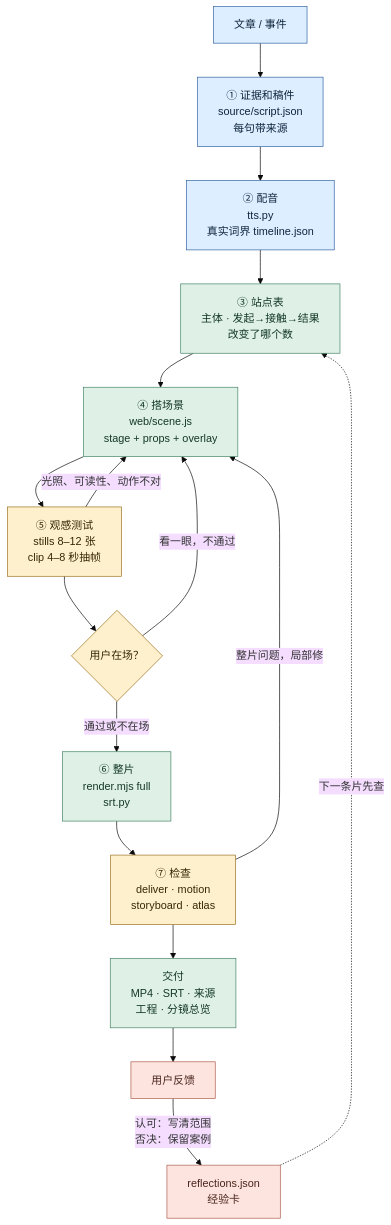
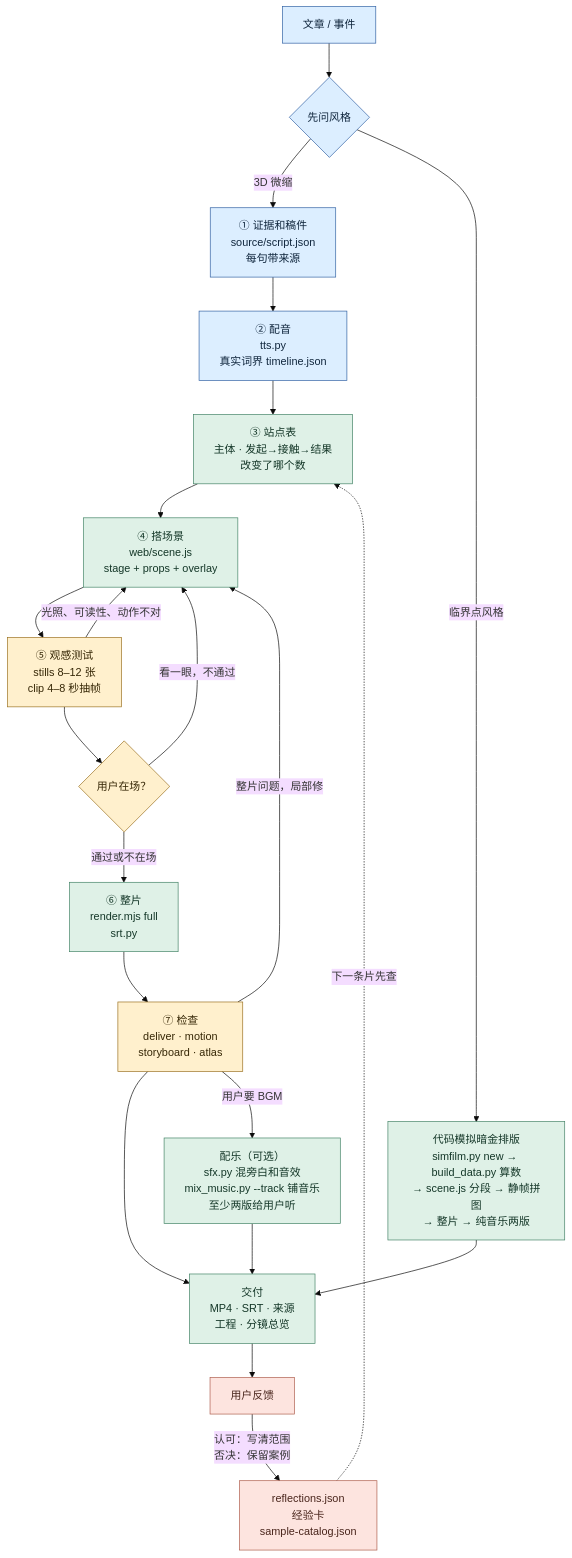
The diagram in docs/production-flow.mmd (ninglinLiu/script-to-video-skill), drawn with Mermaid (base theme) before and after one commit. The commit also changed 720 other files, not shown here.

```diff
--- a/docs/production-flow.mmd
+++ b/docs/production-flow.mmd
@@ -1,25 +1,30 @@
 flowchart TB
-    A["文章 / 事件"] --> B["① 证据和稿件<br/>source/script.json<br/>每句带来源"]
+    A["文章 / 事件"] --> V{"先问风格"}
+    V -->|3D 微缩| B["① 证据和稿件<br/>source/script.json<br/>每句带来源"]
+    V -->|临界点风格| Z["代码模拟暗金排版<br/>simfilm.py new → build_data.py 算数<br/>→ scene.js 分段 → 静帧拼图<br/>→ 整片 → 纯音乐两版"]
     B --> C["② 配音<br/>tts.py<br/>真实词界 timeline.json"]
     C --> D["③ 站点表<br/>主体 · 发起→接触→结果<br/>改变了哪个数"]
     D --> S["④ 搭场景<br/>web/scene.js<br/>stage + props + overlay"]
     S --> F["⑤ 观感测试<br/>stills 8–12 张<br/>clip 4–8 秒抽帧"]
     F -->|光照、可读性、动作不对| S
     F --> H{"用户在场？"}
     H -->|看一眼，不通过| S
     H -->|通过或不在场| I["⑥ 整片<br/>render.mjs full<br/>srt.py"]
     I --> J["⑦ 检查<br/>deliver · motion<br/>storyboard · atlas"]
     J -->|整片问题，局部修| S
     J --> K["交付<br/>MP4 · SRT · 来源<br/>工程 · 分镜总览"]
+    Z --> K
+    J -->|用户要 BGM| M["配乐（可选）<br/>sfx.py 混旁白和音效<br/>mix_music.py --track 铺音乐<br/>至少两版给用户听"]
+    M --> K
     K --> L["用户反馈"]
-    L -->|认可：写清范围<br/>否决：保留案例| X["reflections.json<br/>经验卡"]
+    L -->|认可：写清范围<br/>否决：保留案例| X["reflections.json<br/>经验卡<br/>sample-catalog.json"]
     X -.下一条片先查.-> D
 
     classDef input fill:#dceeff,stroke:#3161a3,color:#10263d;
     classDef make fill:#dff1e7,stroke:#438366,color:#143728;
     classDef gate fill:#fff0cd,stroke:#9a7020,color:#362706;
     classDef loop fill:#fde4df,stroke:#ad5d4d,color:#49251c;
-    class A,B,C input;
-    class D,S,I,K make;
+    class A,B,C,V input;
+    class D,S,I,M,Z,K make;
     class F,H,J gate;
     class L,X loop;
```
